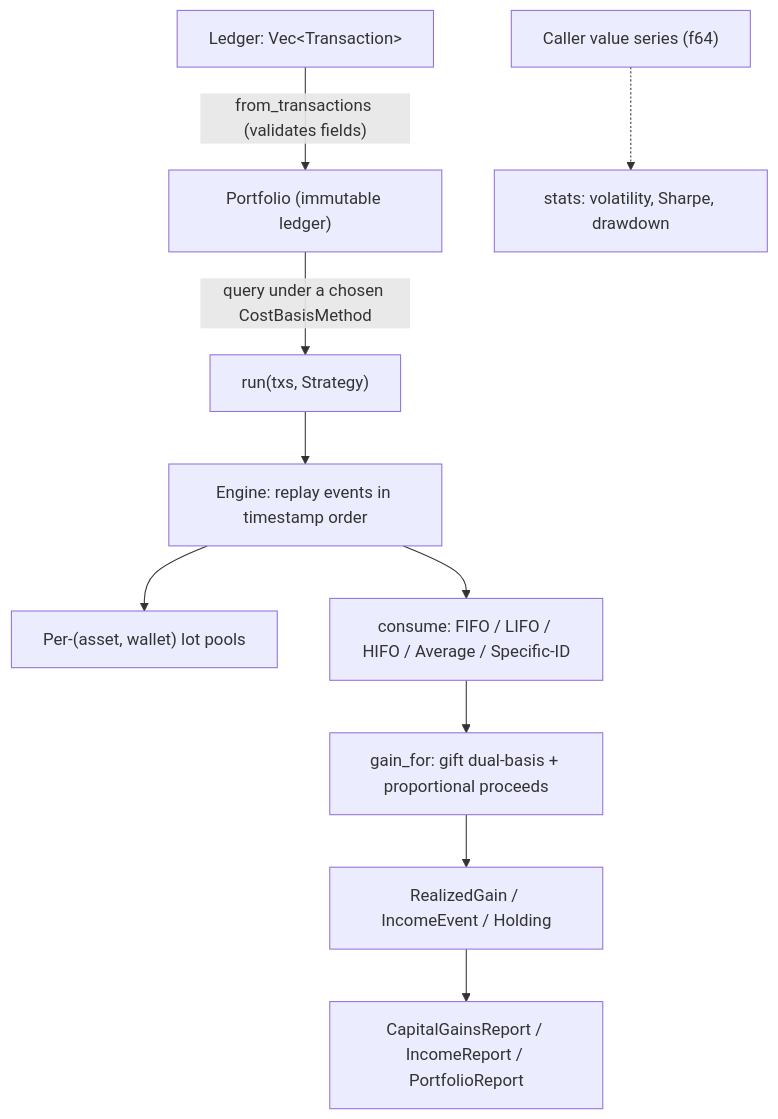
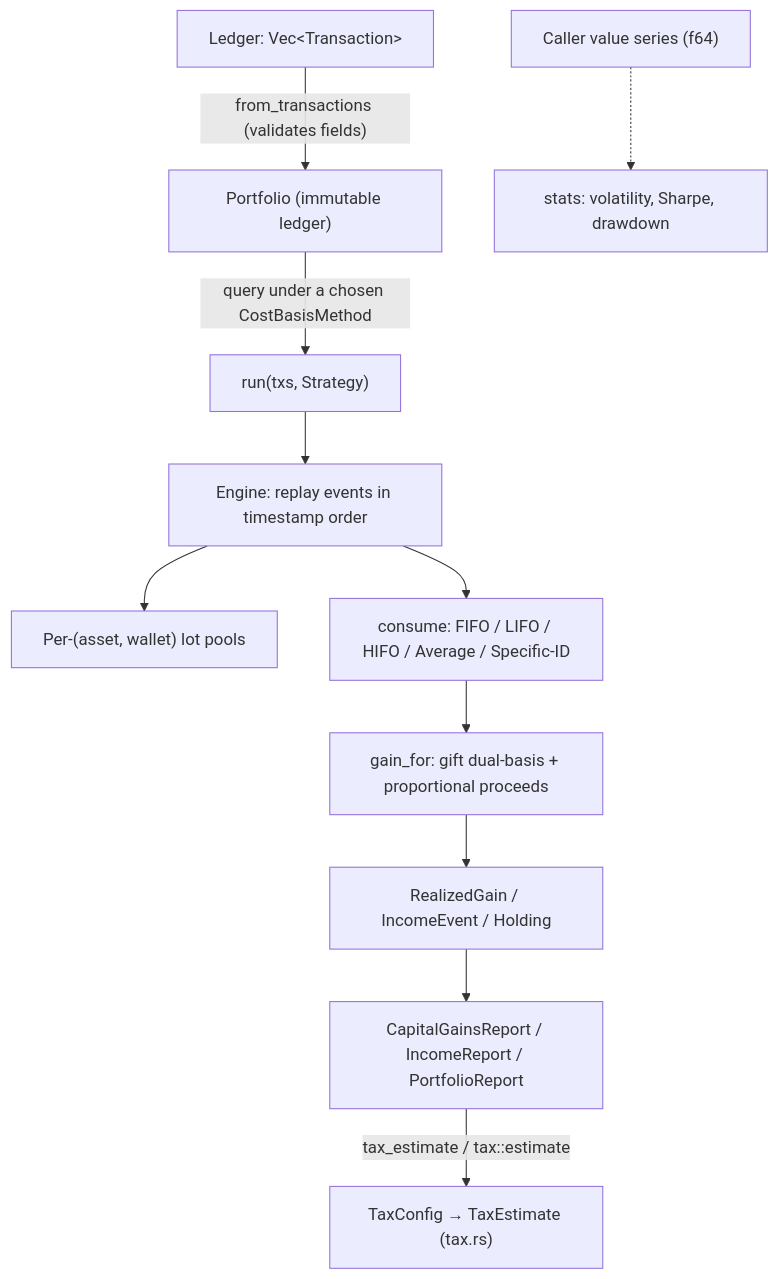
The diagram in .portfolio/architecture.md (Technical-1/coinbasis), drawn with Mermaid before and after one commit. The commit also changed other lines of this file and 3 other files, not shown here.

````diff
--- a/.portfolio/architecture.md
+++ b/.portfolio/architecture.md
@@ -12,12 +12,13 @@
 ```mermaid
 flowchart TD
     TX["Ledger: Vec&lt;Transaction&gt;"] -->|"from_transactions (validates fields)"| PF["Portfolio (immutable ledger)"]
     PF -->|"query under a chosen CostBasisMethod"| RUN["run(txs, Strategy)"]
     RUN --> ENG["Engine: replay events in timestamp order"]
     ENG --> POOL["Per-(asset, wallet) lot pools"]
     ENG --> CONS["consume: FIFO / LIFO / HIFO / Average / Specific-ID"]
     CONS --> GAIN["gain_for: gift dual-basis + proportional proceeds"]
     GAIN --> OUT["RealizedGain / IncomeEvent / Holding"]
     OUT --> REP["CapitalGainsReport / IncomeReport / PortfolioReport"]
+    REP -->|"tax_estimate / tax::estimate"| TAX["TaxConfig → TaxEstimate (tax.rs)"]
     VS["Caller value series (f64)"] -.-> STATS["stats: volatility, Sharpe, drawdown"]
 ```
````
